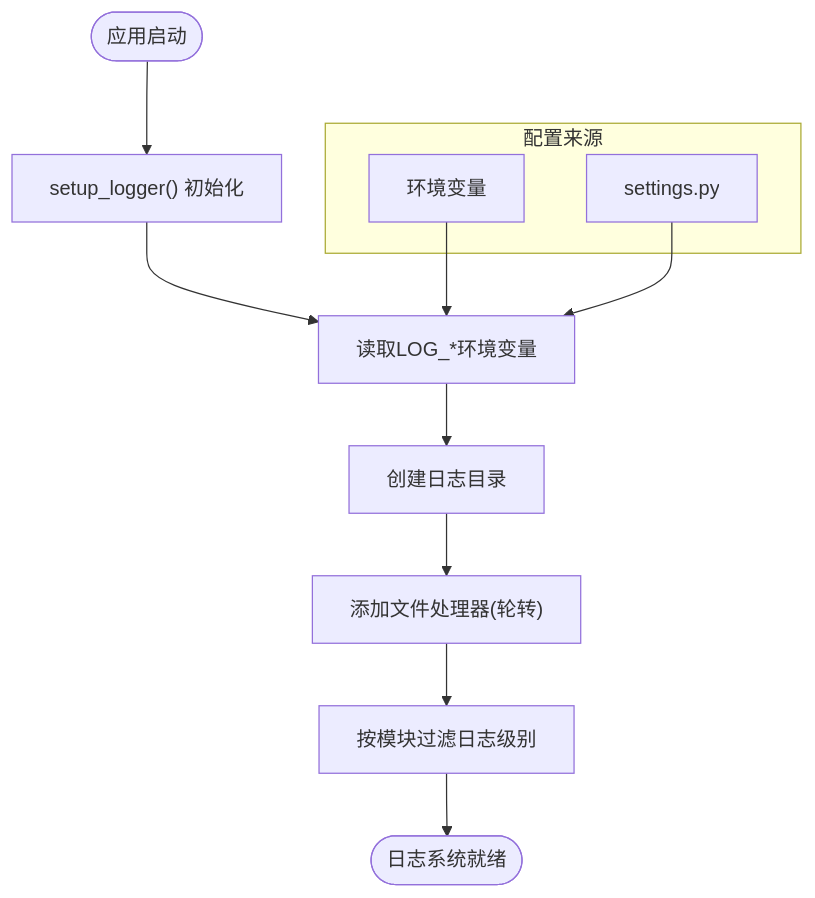
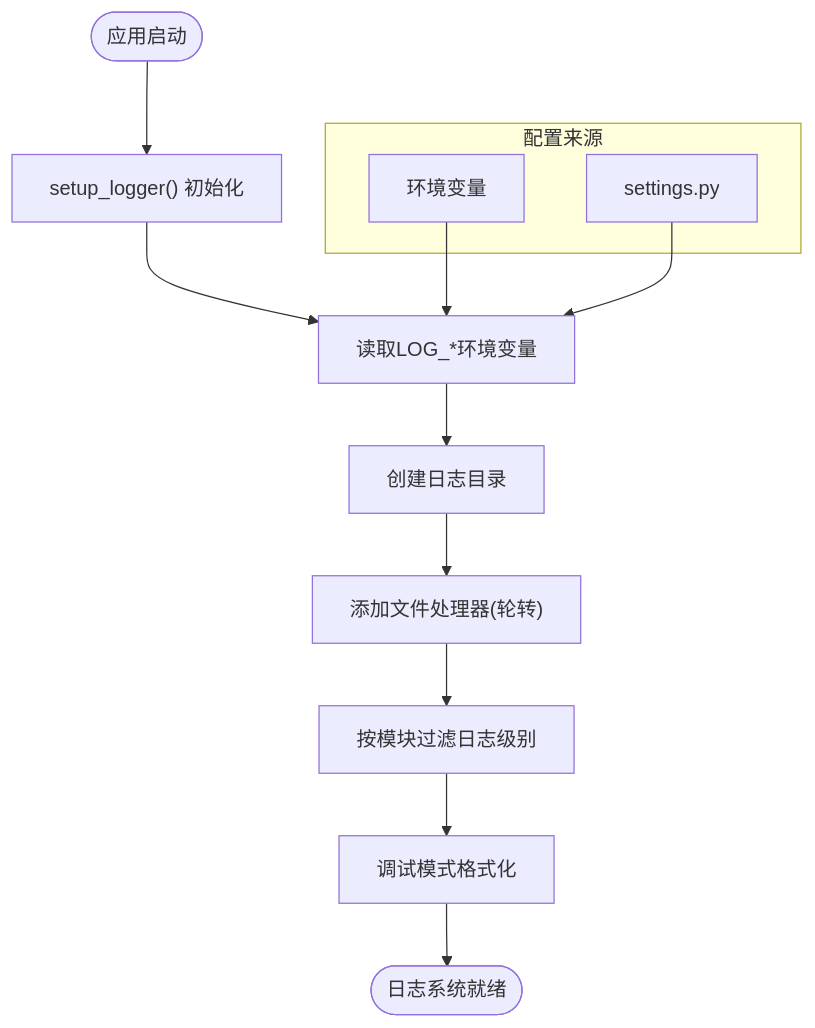
Before and after one commit to joezxh/QuantDinger: the third of 6 diagrams in .qoder/repowiki/zh/content/部署运维/监控与日志管理.md, drawn with Mermaid. The commit also changed other lines of this file and 39 other files, not shown here.

````diff
--- a/.qoder/repowiki/zh/content/部署运维/监控与日志管理.md
+++ b/.qoder/repowiki/zh/content/部署运维/监控与日志管理.md
@@ -142,15 +130,16 @@
 ```mermaid
 flowchart TD
 Start(["应用启动"]) --> Setup["setup_logger() 初始化"]
 Setup --> ReadEnv["读取LOG_*环境变量"]
 ReadEnv --> CreateDir["创建日志目录"]
 CreateDir --> AddHandler["添加文件处理器(轮转)"]
 AddHandler --> Filter["按模块过滤日志级别"]
-Filter --> Ready(["日志系统就绪"])
+Filter --> DebugFormat["调试模式格式化"]
+DebugFormat --> Ready(["日志系统就绪"])
 subgraph "配置来源"
 Env["环境变量"]
 Settings["settings.py"]
 end
 Env --> ReadEnv
 Settings --> ReadEnv
 ```
````
